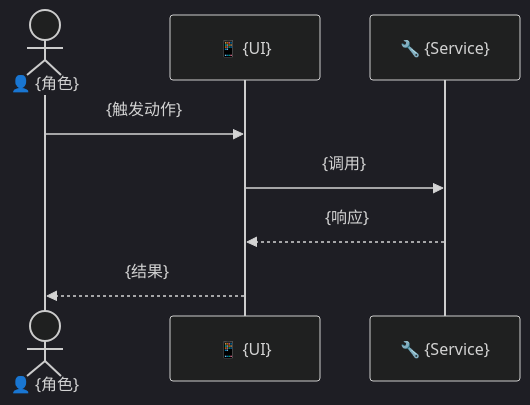
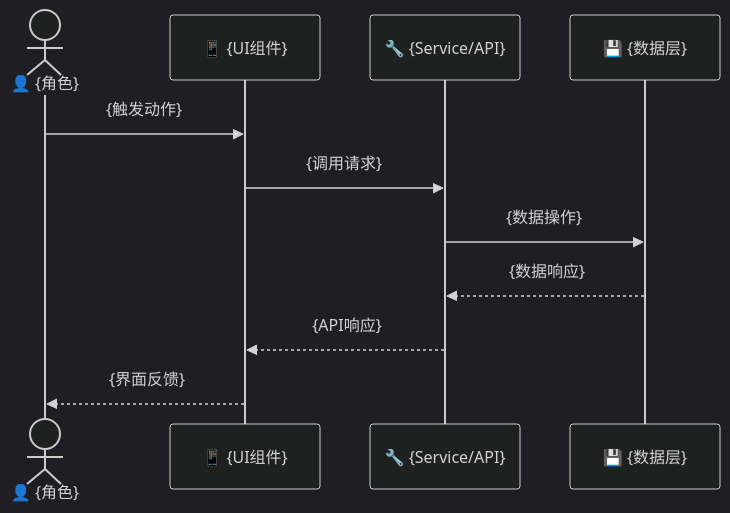
Before and after one commit to effiy/YrY: the second of 3 diagrams in skills/rui/templates/feature-document.md, drawn with Mermaid (dark theme). The commit also changed other lines of this file and 23 other files, not shown here.

````diff
--- a/skills/rui/templates/feature-document.md
+++ b/skills/rui/templates/feature-document.md
@@ -63,11 +86,14 @@
 ```mermaid
 sequenceDiagram
     actor U as 👤 {角色}
-    participant UI as 📱 {UI}
-    participant Svc as 🔧 {Service}
+    participant UI as 📱 {UI组件}
+    participant Svc as 🔧 {Service/API}
+    participant Store as 💾 {数据层}
 
     U->>UI: {触发动作}
-    UI->>Svc: {调用}
-    Svc-->>UI: {响应}
-    UI-->>U: {结果}
+    UI->>Svc: {调用请求}
+    Svc->>Store: {数据操作}
+    Store-->>Svc: {数据响应}
+    Svc-->>UI: {API响应}
+    UI-->>U: {界面反馈}
 ```
````
